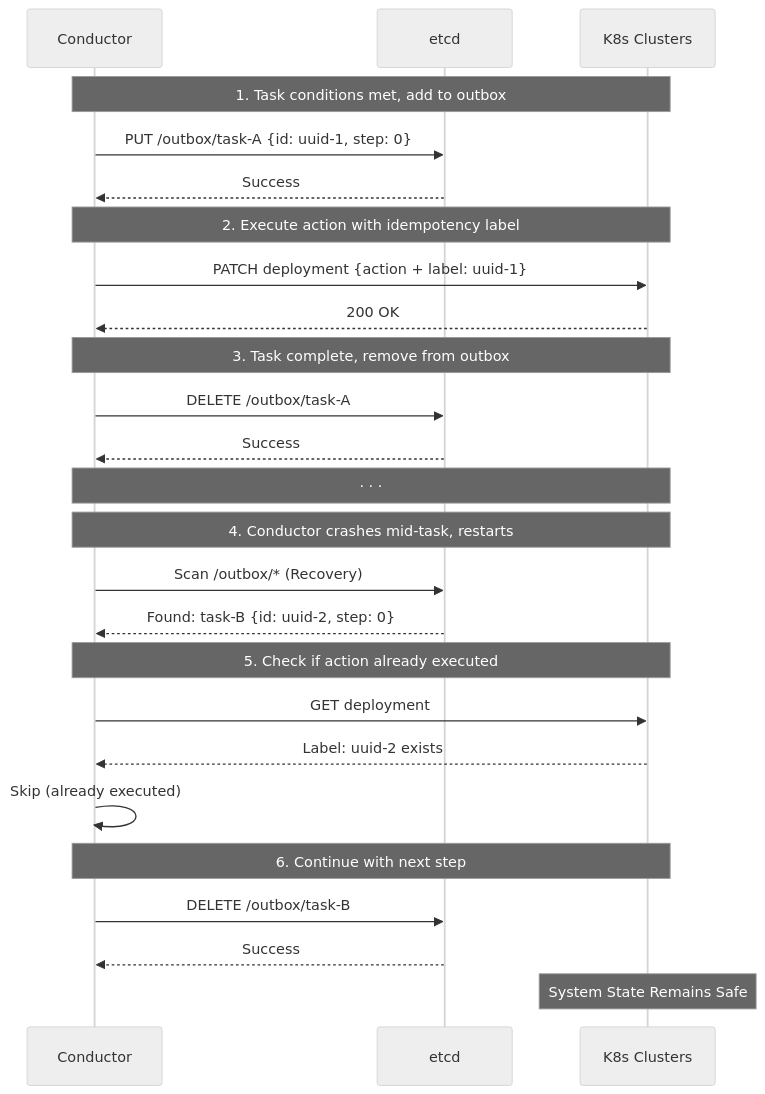
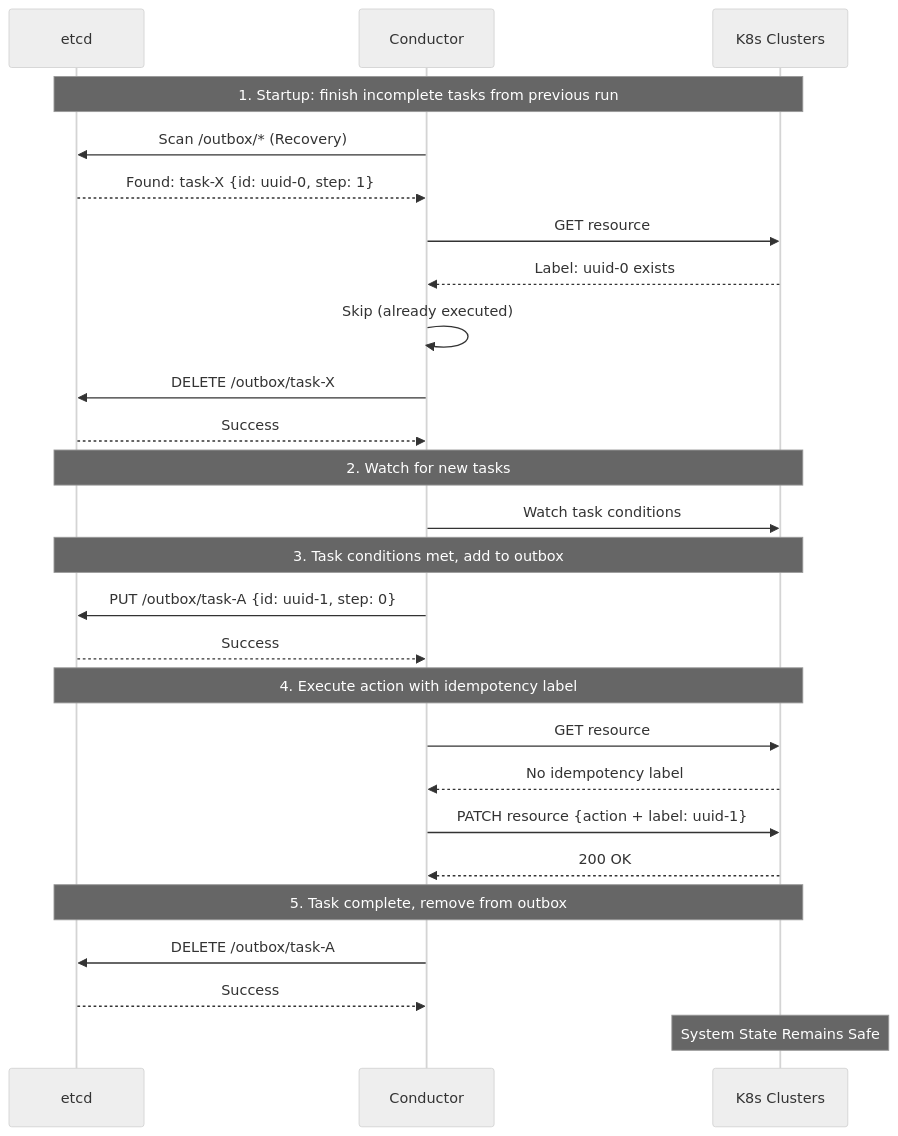
The diagram in docs/outbox-centralized.md (esadakcam/conductor), drawn with Mermaid (neutral theme) before and after one commit.

Commit message:
Refactor diagram

````diff
--- a/docs/outbox-centralized.md
+++ b/docs/outbox-centralized.md
@@ -1,41 +1,39 @@
 ```mermaid
 sequenceDiagram
+    participant DB as etcd
     participant Conductor as Conductor
-    participant DB as etcd
     participant K8s as K8s Clusters
 
-    Note over Conductor, K8s: 1. Task conditions met, add to outbox
+    Note over DB, K8s: 1. Startup: finish incomplete tasks from previous run
+
+    Conductor->>DB: Scan /outbox/* (Recovery)
+    DB-->>Conductor: Found: task-X {id: uuid-0, step: 1}
+    Conductor->>K8s: GET resource
+    K8s-->>Conductor: Label: uuid-0 exists
+    Conductor->>Conductor: Skip (already executed)
+    Conductor->>DB: DELETE /outbox/task-X
+    DB-->>Conductor: Success
+
+    Note over DB, K8s: 2. Watch for new tasks
+
+    Conductor->>K8s: Watch task conditions
+
+    Note over DB, K8s: 3. Task conditions met, add to outbox
 
     Conductor->>DB: PUT /outbox/task-A {id: uuid-1, step: 0}
     DB-->>Conductor: Success
 
-    Note over Conductor, K8s: 2. Execute action with idempotency label
+    Note over DB, K8s: 4. Execute action with idempotency label
 
-    Conductor->>K8s: PATCH deployment {action + label: uuid-1}
+    Conductor->>K8s: GET resource
+    K8s-->>Conductor: No idempotency label
+    Conductor->>K8s: PATCH resource {action + label: uuid-1}
     K8s-->>Conductor: 200 OK
 
-    Note over Conductor, K8s: 3. Task complete, remove from outbox
+    Note over DB, K8s: 5. Task complete, remove from outbox
 
     Conductor->>DB: DELETE /outbox/task-A
     DB-->>Conductor: Success
 
-    Note over Conductor, K8s: · · ·
-
-    Note over Conductor, K8s: 4. Conductor crashes mid-task, restarts
-
-    Conductor->>DB: Scan /outbox/* (Recovery)
-    DB-->>Conductor: Found: task-B {id: uuid-2, step: 0}
-
-    Note over Conductor, K8s: 5. Check if action already executed
-
-    Conductor->>K8s: GET deployment
-    K8s-->>Conductor: Label: uuid-2 exists
-    Conductor->>Conductor: Skip (already executed)
-
-    Note over Conductor, K8s: 6. Continue with next step
-
-    Conductor->>DB: DELETE /outbox/task-B
-    DB-->>Conductor: Success
-
     Note over K8s: System State Remains Safe
 ```
````
